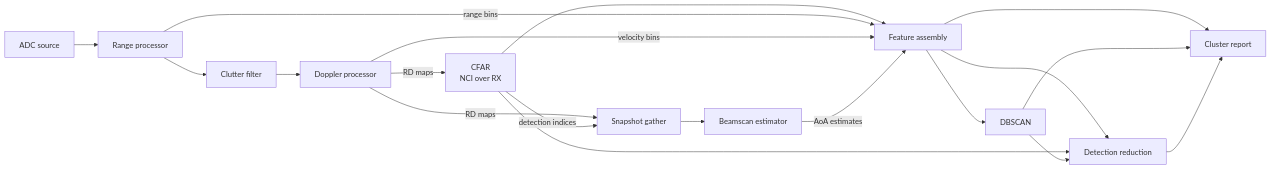
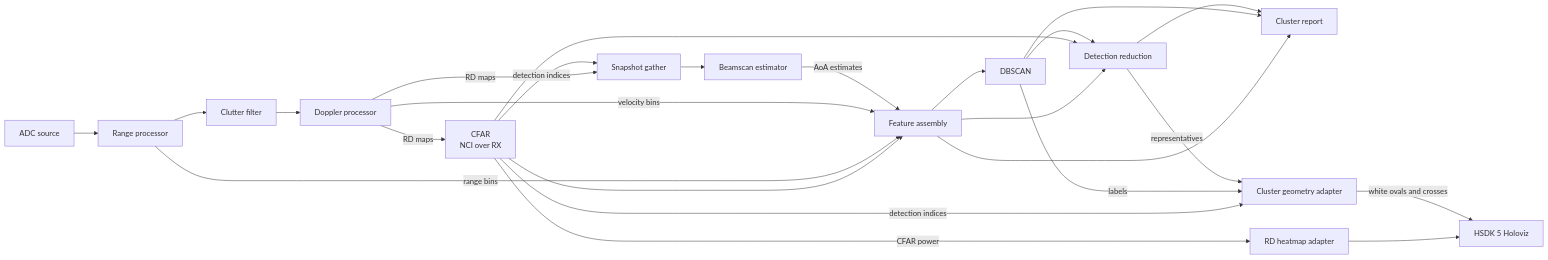
The first of 2 diagrams in applications/fmcw/simo/README.md (nvidia-holoscan/holoscan-radar), drawn with Mermaid before and after one commit. The commit also changed other lines of this file and 20 other files, not shown here.

````diff
--- a/applications/fmcw/simo/README.md
+++ b/applications/fmcw/simo/README.md
@@ -13,21 +13,27 @@
 ```mermaid
 flowchart LR
     ADC[ADC source] --> Range[Range processor]
     Range --> Clutter[Clutter filter]
     Clutter --> Doppler[Doppler processor]
     Doppler -- RD maps --> CFAR[CFAR<br/>NCI over RX]
     Doppler -- RD maps --> Gather[Snapshot gather]
     CFAR -- detection indices --> Gather
     Gather --> Beamscan[Beamscan estimator]
     CFAR --> Features[Feature assembly]
     Range -- range bins --> Features
     Doppler -- velocity bins --> Features
     Beamscan -- AoA estimates --> Features
     Features --> DBSCAN[DBSCAN]
     Features --> Reduction[Detection reduction]
     CFAR --> Reduction
     DBSCAN --> Reduction
     Features --> Report[Cluster report]
     DBSCAN --> Report
     Reduction --> Report
+    CFAR -- CFAR power --> Heatmap[RD heatmap adapter]
+    CFAR -- detection indices --> Geometry[Cluster geometry adapter]
+    DBSCAN -- labels --> Geometry
+    Reduction -- representatives --> Geometry
+    Heatmap --> Holoviz[HSDK 5 Holoviz]
+    Geometry -- white ovals and crosses --> Holoviz
 ```
````
